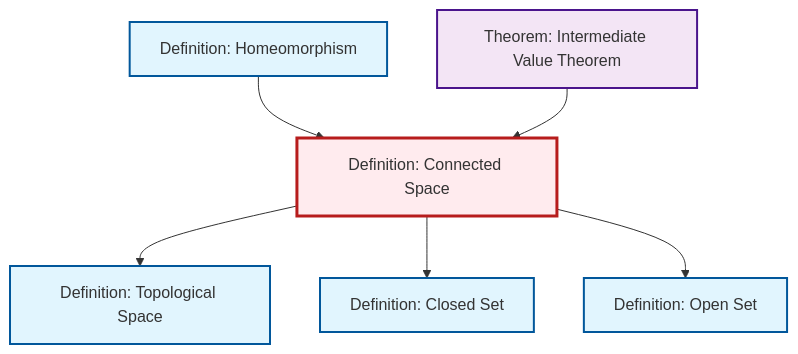
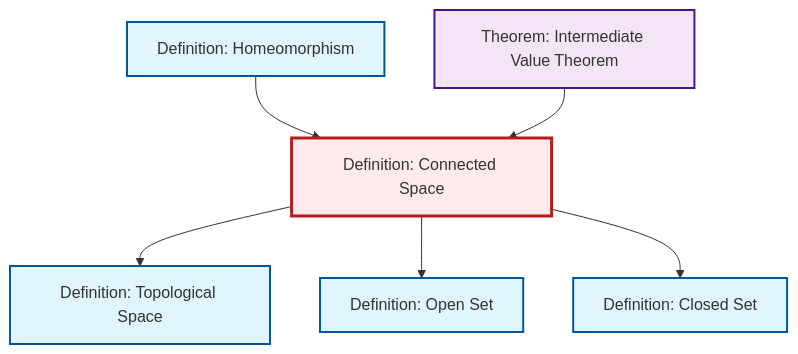
One commit to RK0429/ModernMath changed the diagram in output/mermaid/def-connected.mermaid. Above: the diagram before and after it, drawn with Mermaid. The commit also changed other lines of this file and 1458 other files, not shown here.

```diff
--- a/output/mermaid/def-connected.mermaid
+++ b/output/mermaid/def-connected.mermaid
@@ -1,19 +1,19 @@
 %%| fig-cap: "Local dependency graph"
 graph TD
     classDef definition fill:#e1f5fe,stroke:#01579b,stroke-width:2px
     classDef theorem fill:#f3e5f5,stroke:#4a148c,stroke-width:2px
     classDef axiom fill:#fff3e0,stroke:#e65100,stroke-width:2px
     classDef example fill:#e8f5e9,stroke:#1b5e20,stroke-width:2px
     classDef current fill:#ffebee,stroke:#b71c1c,stroke-width:3px
+    thm-intermediate-value["Theorem: Intermediate Value Theorem"]:::theorem
+    def-topological-space["Definition: Topological Space"]:::definition
     def-closed-set["Definition: Closed Set"]:::definition
-    def-topological-space["Definition: Topological Space"]:::definition
     def-open-set["Definition: Open Set"]:::definition
+    def-homeomorphism["Definition: Homeomorphism"]:::definition
     def-connected["Definition: Connected Space"]:::definition
-    def-homeomorphism["Definition: Homeomorphism"]:::definition
-    thm-intermediate-value["Theorem: Intermediate Value Theorem"]:::theorem
+    def-homeomorphism --> def-connected
+    thm-intermediate-value --> def-connected
     def-connected --> def-topological-space
-    def-homeomorphism --> def-connected
+    def-connected --> def-open-set
     def-connected --> def-closed-set
-    def-connected --> def-open-set
-    thm-intermediate-value --> def-connected
     class def-connected current
```
